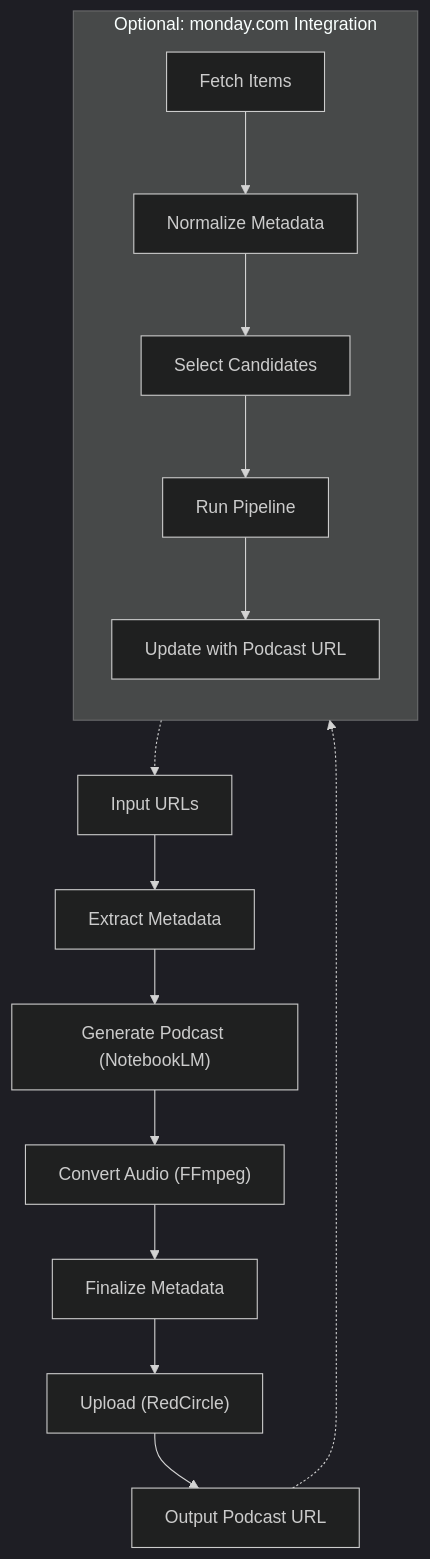
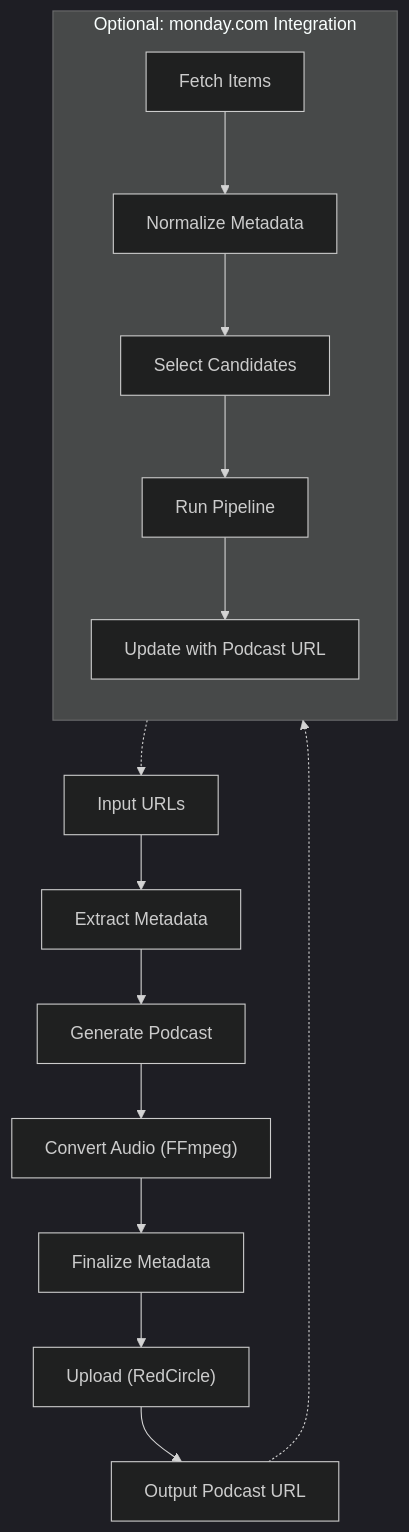
The diagram in src/content/blog/turning-articles-into-podcasts/index.mdx (omril321/omrilavi.com), drawn with Mermaid (dark theme) before and after one commit. The commit also changed 3 other files, not shown here.

Commit message:
updated screenshots, stricter, fixed mermaid

````diff
--- a/src/content/blog/turning-articles-into-podcasts/index.mdx
+++ b/src/content/blog/turning-articles-into-podcasts/index.mdx
@@ -42,23 +42,23 @@
 ```mermaid
 flowchart TD
   A["Input URLs"] --> B["Extract Metadata"]
-  B --> C["Generate Podcast (NotebookLM)"]
+  B --> C["Generate Podcast"]
   C --> D["Convert Audio (FFmpeg)"]
   D --> E["Finalize Metadata"]
   E --> F["Upload (RedCircle)"]
   F --> G["Output Podcast URL"]
 
   subgraph MondayIntegration["Optional: monday.com Integration"]
     direction TB
     M0["Fetch Items"]
     M1["Normalize Metadata"]
     M2["Select Candidates"]
     M3["Run Pipeline"]
     M4["Update with Podcast URL"]
     M0 --> M1 --> M2 --> M3 --> M4
   end
 
   M3 -.-> A
   G -.-> M4
 
 ```
````
